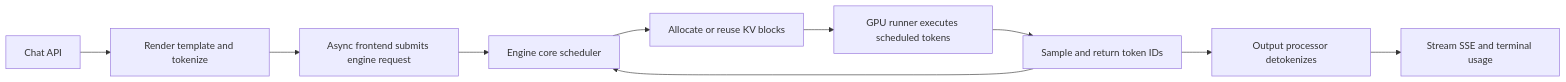
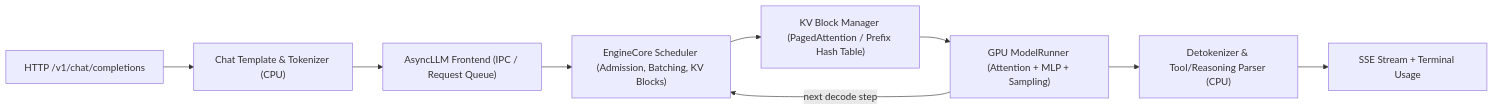
The diagram in docs/VLLM_INTERNALS_GUIDE.md (somsom786/inference-audit), drawn with Mermaid before and after one commit. The commit also changed other lines of this file and 15 other files, not shown here.

````diff
--- a/docs/VLLM_INTERNALS_GUIDE.md
+++ b/docs/VLLM_INTERNALS_GUIDE.md
@@ -7,12 +12,11 @@
 ```mermaid
 flowchart LR
-  A[Chat API] --> B[Render template and tokenize]
-  B --> C[Async frontend submits engine request]
-  C --> D[Engine core scheduler]
-  D --> E[Allocate or reuse KV blocks]
-  E --> F[GPU runner executes scheduled tokens]
-  F --> G[Sample and return token IDs]
-  G --> H[Output processor detokenizes]
-  H --> I[Stream SSE and terminal usage]
-  G --> D
+  A["HTTP /v1/chat/completions"] --> B["Chat Template & Tokenizer (CPU)"]
+  B --> C["AsyncLLM Frontend (IPC / Request Queue)"]
+  C --> D["EngineCore Scheduler (Admission, Batching, KV Blocks)"]
+  D --> E["KV Block Manager (PagedAttention / Prefix Hash Table)"]
+  E --> F["GPU ModelRunner (Attention + MLP + Sampling)"]
+  F --> G["Detokenizer & Tool/Reasoning Parser (CPU)"]
+  G --> H["SSE Stream + Terminal Usage"]
+  F -->|"next decode step"| D
 ```
````
